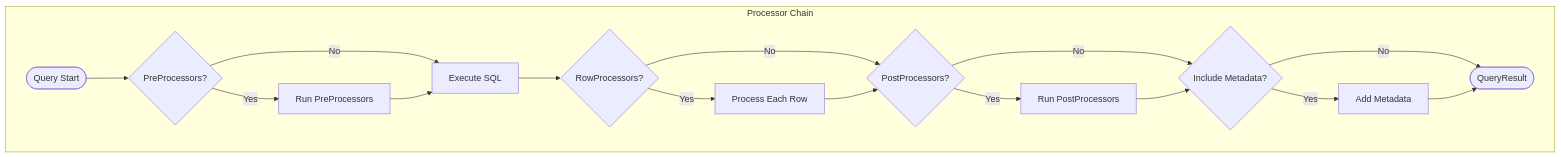
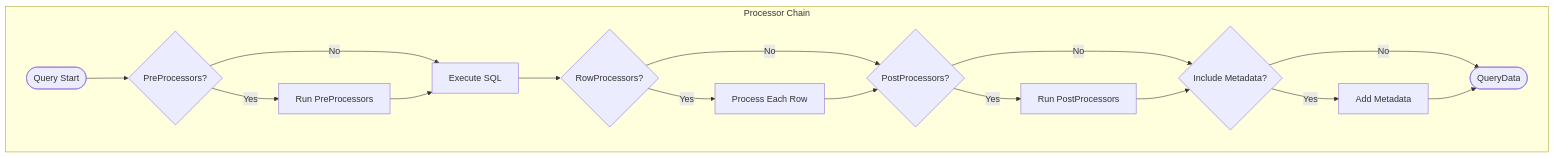
The sixth of 10 diagrams in docs/QUERY_ENGINE_WORKFLOW.md (sahebsoft/query-register-system), drawn with Mermaid before and after one commit. The commit also changed other lines of this file and 14 other files, not shown here.

````diff
--- a/docs/QUERY_ENGINE_WORKFLOW.md
+++ b/docs/QUERY_ENGINE_WORKFLOW.md
@@ -197,22 +197,22 @@
 ```mermaid
 flowchart TD
     subgraph "Processor Chain"
         Start([Query Start]) --> Pre{PreProcessors?}
         Pre -->|Yes| RunPre[Run PreProcessors]
         Pre -->|No| Execute
         RunPre --> Execute[Execute SQL]
         
         Execute --> Row{RowProcessors?}
         Row -->|Yes| ProcessRows[Process Each Row]
         Row -->|No| Post
         ProcessRows --> Post{PostProcessors?}
         
         Post -->|Yes| RunPost[Run PostProcessors]
         Post -->|No| Meta
         RunPost --> Meta{Include Metadata?}
         
         Meta -->|Yes| AddMeta[Add Metadata]
         Meta -->|No| Result
-        AddMeta --> Result([QueryResult])
+        AddMeta --> Result([QueryData])
     end
 ```
````
